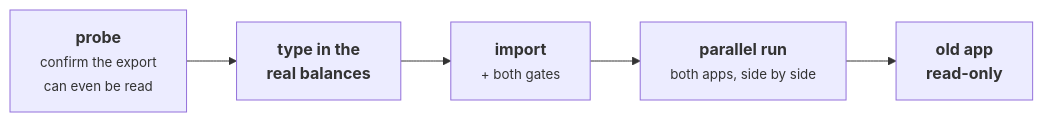
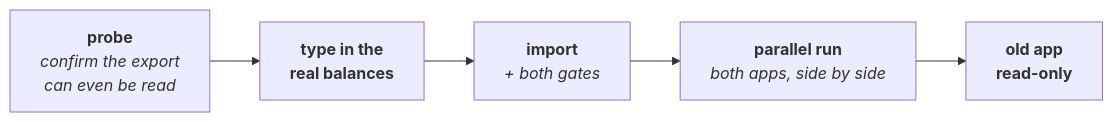
Before and after one commit to VoltLightning/waltning: the fourth of 4 diagrams in docs/wiki/Getting-Started.md, drawn with Mermaid. The commit also changed other lines of this file and 15 other files, not shown here.

````diff
--- a/docs/wiki/Getting-Started.md
+++ b/docs/wiki/Getting-Started.md
@@ -136,4 +136,4 @@
 ```mermaid
 graph LR
-    A["<b>probe</b><br/><small>confirm the export<br/>can even be read</small>"] --> B["<b>type in the<br/>real balances</b>"] --> C["<b>import</b><br/><small>+ both gates</small>"] --> D["<b>parallel run</b><br/><small>both apps, side by side</small>"] --> E["<b>old app<br/>read-only</b>"]
+    A["<b>probe</b><br/><i>confirm the export<br/>can even be read</i>"] --> B["<b>type in the<br/>real balances</b>"] --> C["<b>import</b><br/><i>+ both gates</i>"] --> D["<b>parallel run</b><br/><i>both apps, side by side</i>"] --> E["<b>old app<br/>read-only</b>"]
 ```
````
